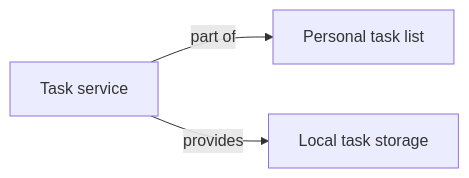
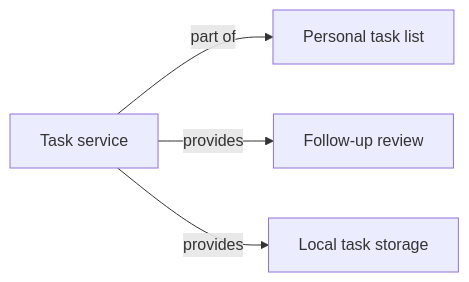
The diagram in examples/todo/specification/components/task-service/task-service.component.spec-report.md (craigsmitham/dotspec), drawn with Mermaid before and after one commit. The commit also changed other lines of this file and 57 other files, not shown here.

````diff
--- a/examples/todo/specification/components/task-service/task-service.component.spec-report.md
+++ b/examples/todo/specification/components/task-service/task-service.component.spec-report.md
@@ -31,8 +31,10 @@
 ```mermaid
 flowchart LR
     n0["Task service"]
     n1["Personal task list"]
     n0 -->|part of| n1
-    n2["Local task storage"]
+    n2["Follow-up review"]
     n0 -->|provides| n2
+    n3["Local task storage"]
+    n0 -->|provides| n3
 ```
````
